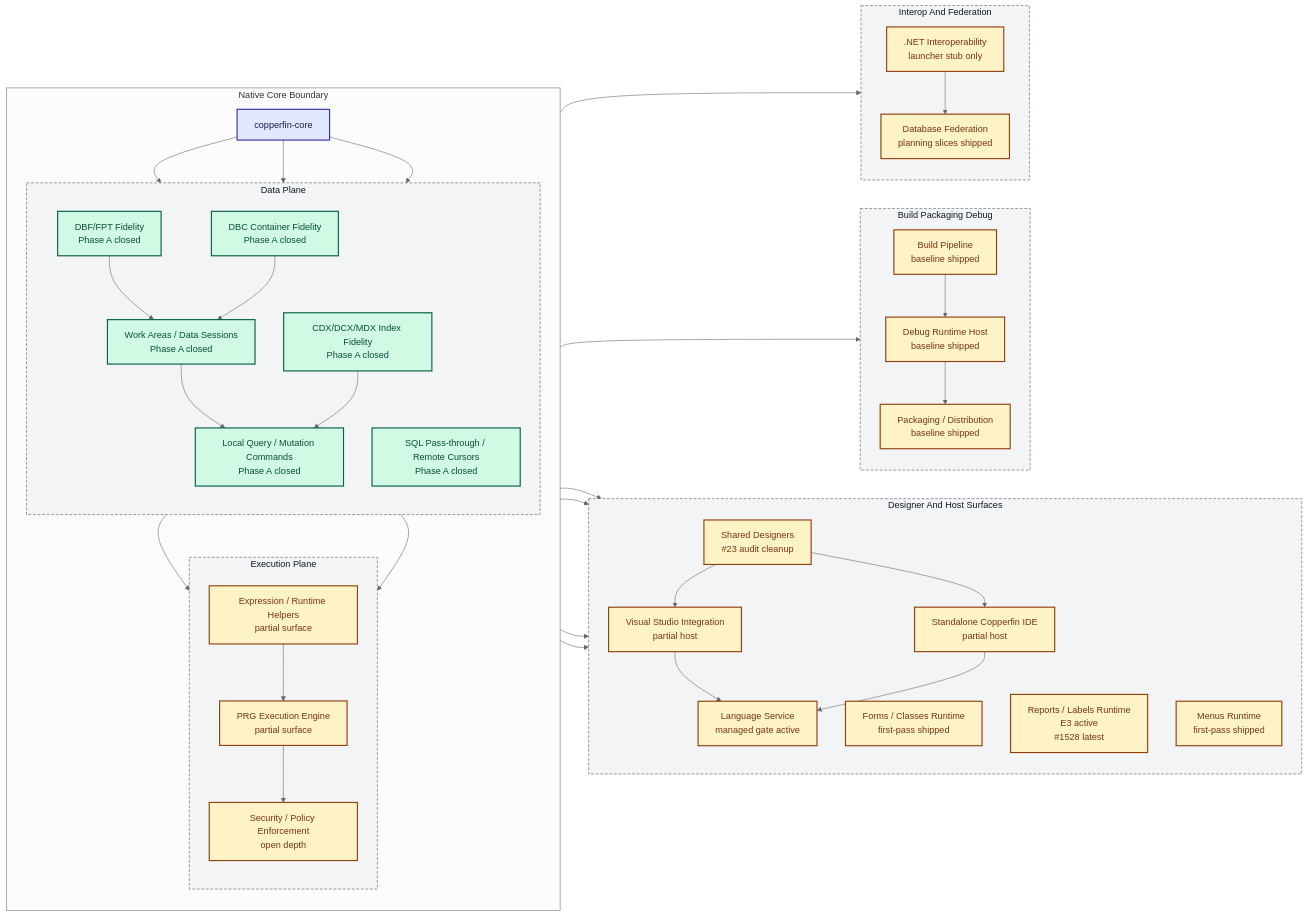
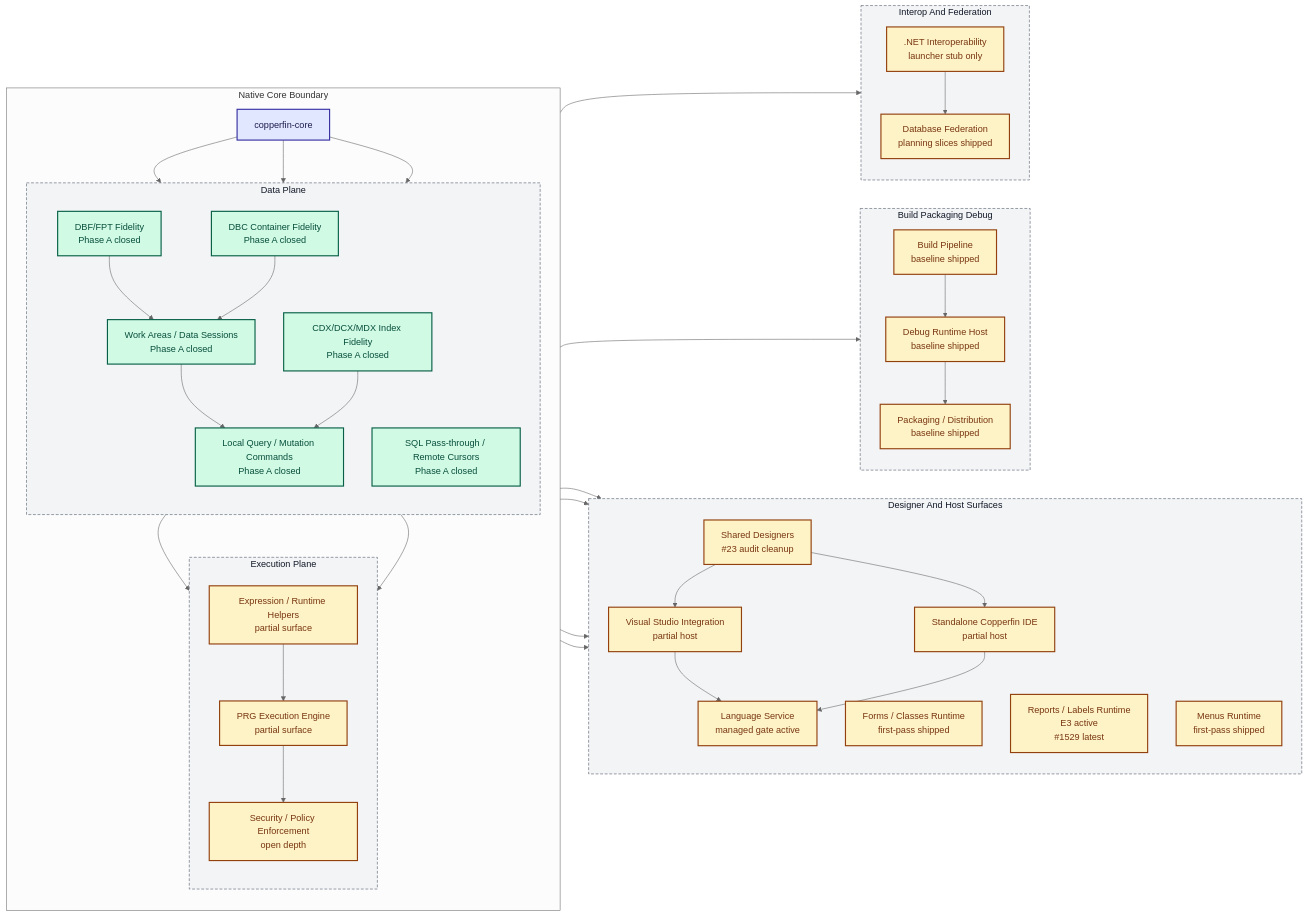
The diagram in docs/02-architecture.md (rhamenator/Project-Copperfin), drawn with Mermaid (neutral theme) before and after one commit. The commit also changed 7 other files, not shown here.

```diff
--- a/docs/02-architecture.md
+++ b/docs/02-architecture.md
@@ -36,7 +36,7 @@
         direction TB
         DES["Shared Designers<br/>#23 audit cleanup"]
         FORMS["Forms / Classes Runtime<br/>first-pass shipped"]
-        RPT["Reports / Labels Runtime<br/>E3 active<br/>#1528 latest"]
+        RPT["Reports / Labels Runtime<br/>E3 active<br/>#1529 latest"]
         MENU["Menus Runtime<br/>first-pass shipped"]
         VS["Visual Studio Integration<br/>partial host"]
         IDE["Standalone Copperfin IDE<br/>partial host"]
```
